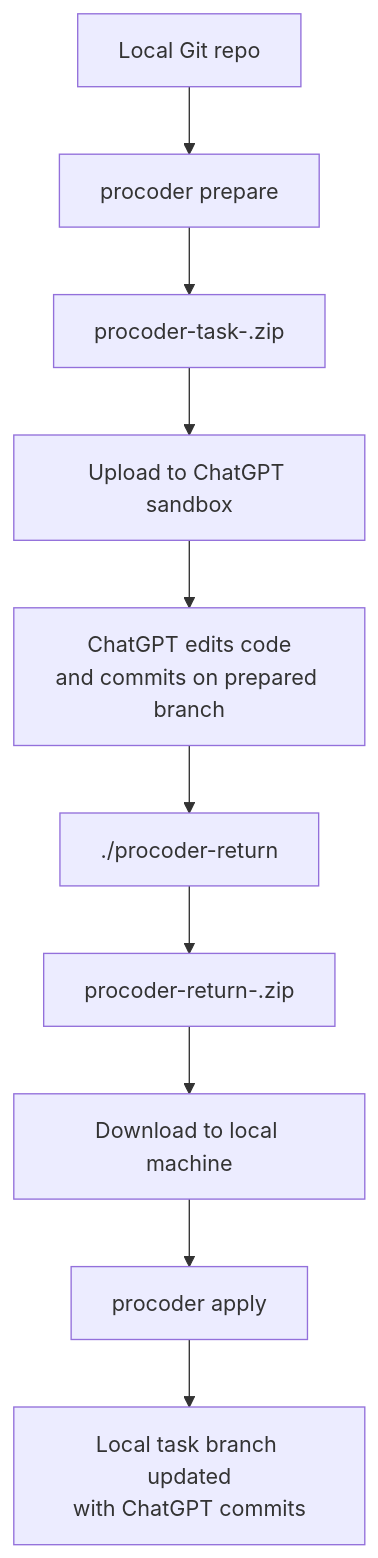
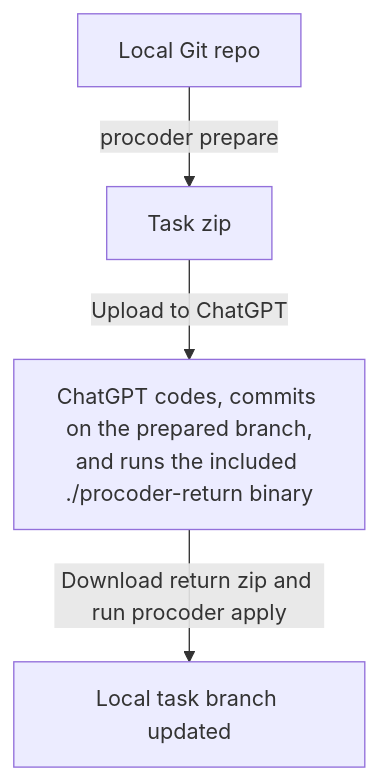
Before and after one commit to amxv/procoder: the diagram in README.md, drawn with Mermaid. The commit also changed other lines of this file, not shown here.

````diff
--- a/README.md
+++ b/README.md
@@ -37,12 +62,6 @@
 ```mermaid
 flowchart TD
-    A[Local Git repo] --> B[procoder prepare]
-    B --> C[procoder-task-<exchange-id>.zip]
-    C --> D[Upload to ChatGPT sandbox]
-    D --> E[ChatGPT edits code<br/>and commits on prepared branch]
-    E --> F[./procoder-return]
-    F --> G[procoder-return-<exchange-id>.zip]
-    G --> H[Download to local machine]
-    H --> I[procoder apply]
-    I --> J[Local task branch updated<br/>with ChatGPT commits]
+    A[Local Git repo] -->|procoder prepare| B[Task zip]
+    B -->|Upload to ChatGPT| C[ChatGPT codes, commits on the prepared branch,<br/>and runs the included ./procoder-return binary]
+    C -->|Download return zip and run procoder apply| D[Local task branch updated]
 ```
````
